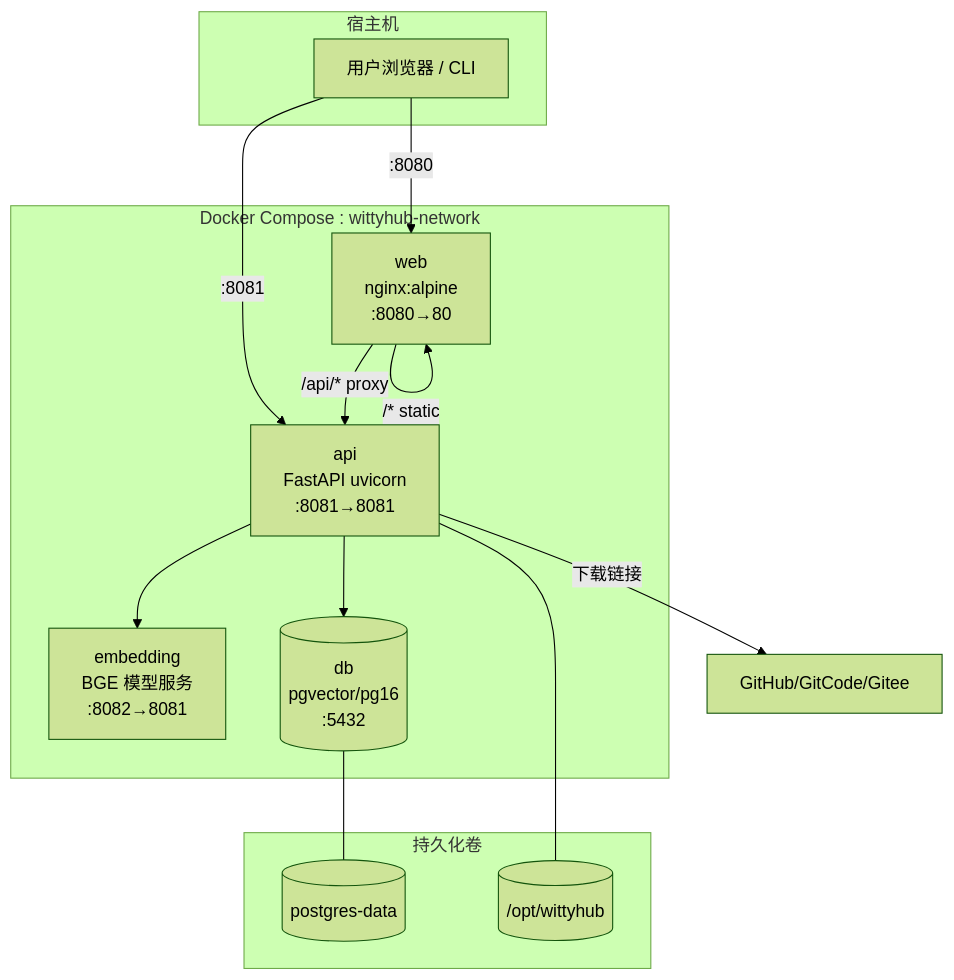
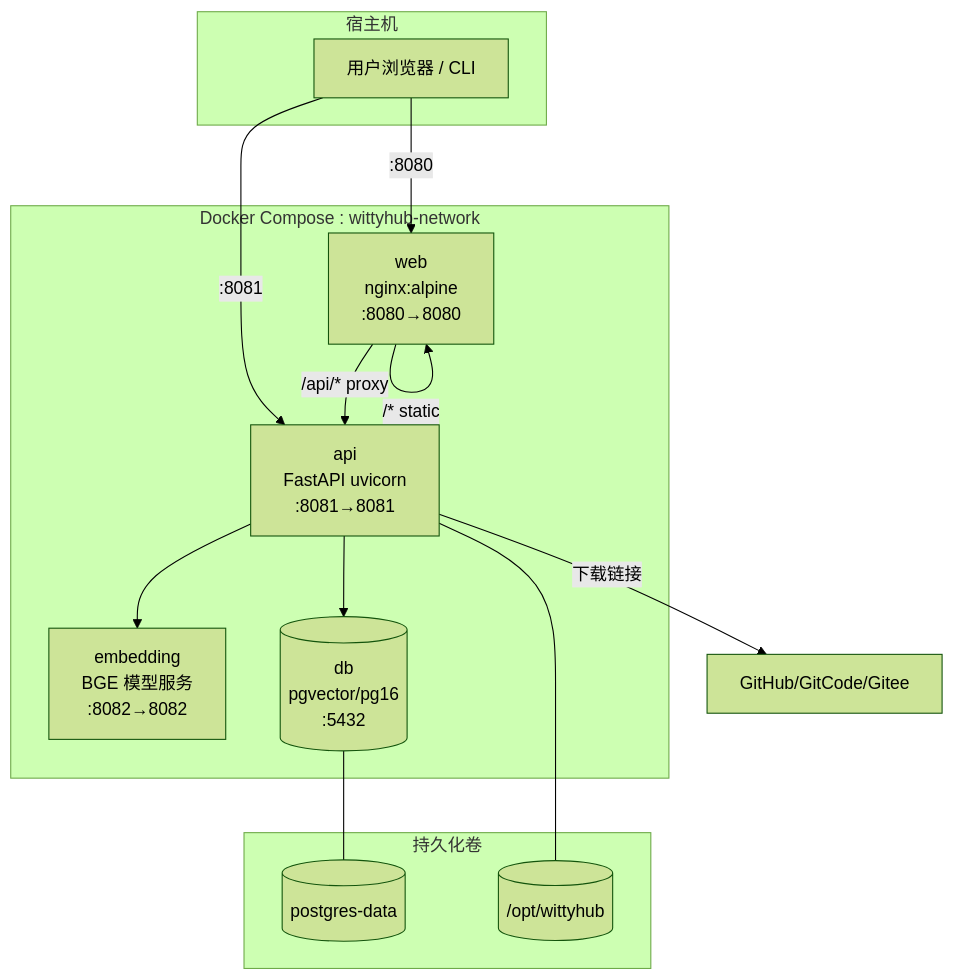
One commit to openeuler-mirror/wittyhub changed the fifth of 9 diagrams in doc/design/wittyhub-implementation-plan.md. Above: the diagram before and after it, drawn with Mermaid (forest theme). The commit also changed other lines of this file and 3 other files, not shown here.

````diff
--- a/doc/design/wittyhub-implementation-plan.md
+++ b/doc/design/wittyhub-implementation-plan.md
@@ -472,29 +472,29 @@
 ```mermaid
 graph TB
     subgraph 宿主机
         U[用户浏览器 / CLI]
     end
 
     subgraph Docker Compose : wittyhub-network
-        NG[web<br/>nginx:alpine<br/>:8080→80]
+        NG[web<br/>nginx:alpine<br/>:8080→8080]
         API[api<br/>FastAPI uvicorn<br/>:8081→8081]
-        EMB[embedding<br/>BGE 模型服务<br/>:8082→8081]
+        EMB[embedding<br/>BGE 模型服务<br/>:8082→8082]
         DB[(db<br/>pgvector/pg16<br/>:5432)]
     end
 
     U -->|:8080| NG
     U -->|:8081| API
     NG -->|/api/* proxy| API
     NG -->|/* static| NG
     API --> DB
     API --> EMB
     API -->|下载链接| EXT[GitHub/GitCode/Gitee]
 
     subgraph 持久化卷
         V1[(postgres-data)]
         V2[(/opt/wittyhub)]
     end
 
     DB --- V1
     API --- V2
 ```
````
